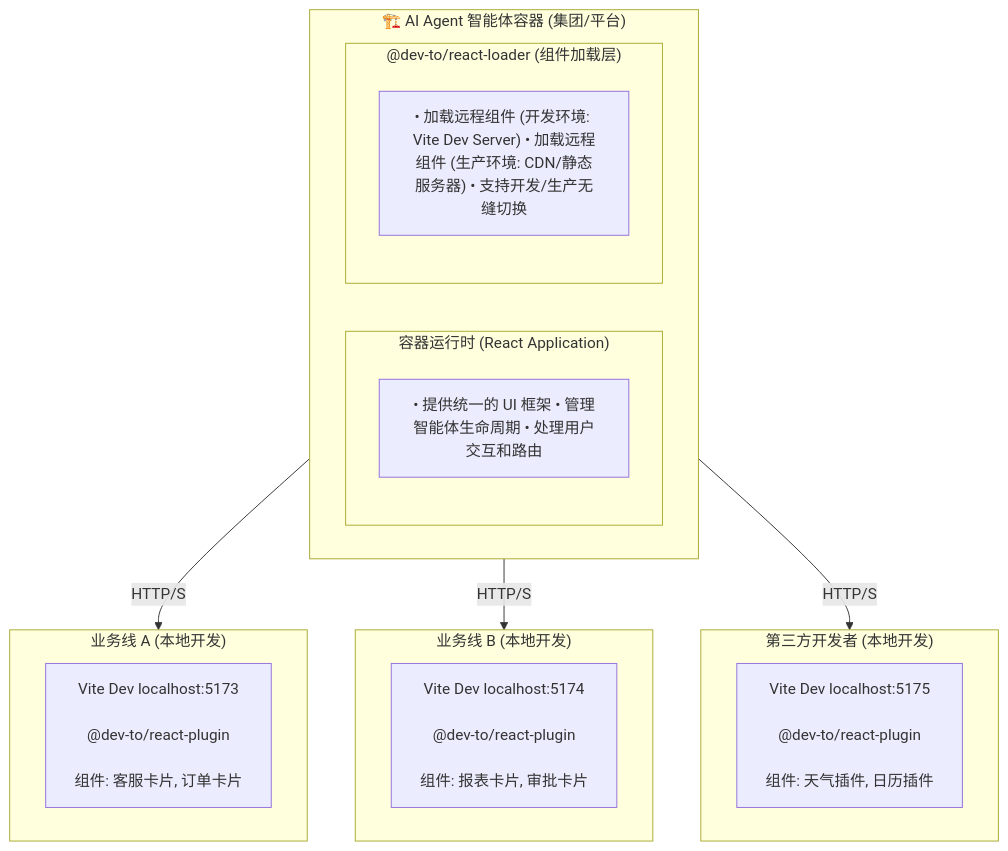
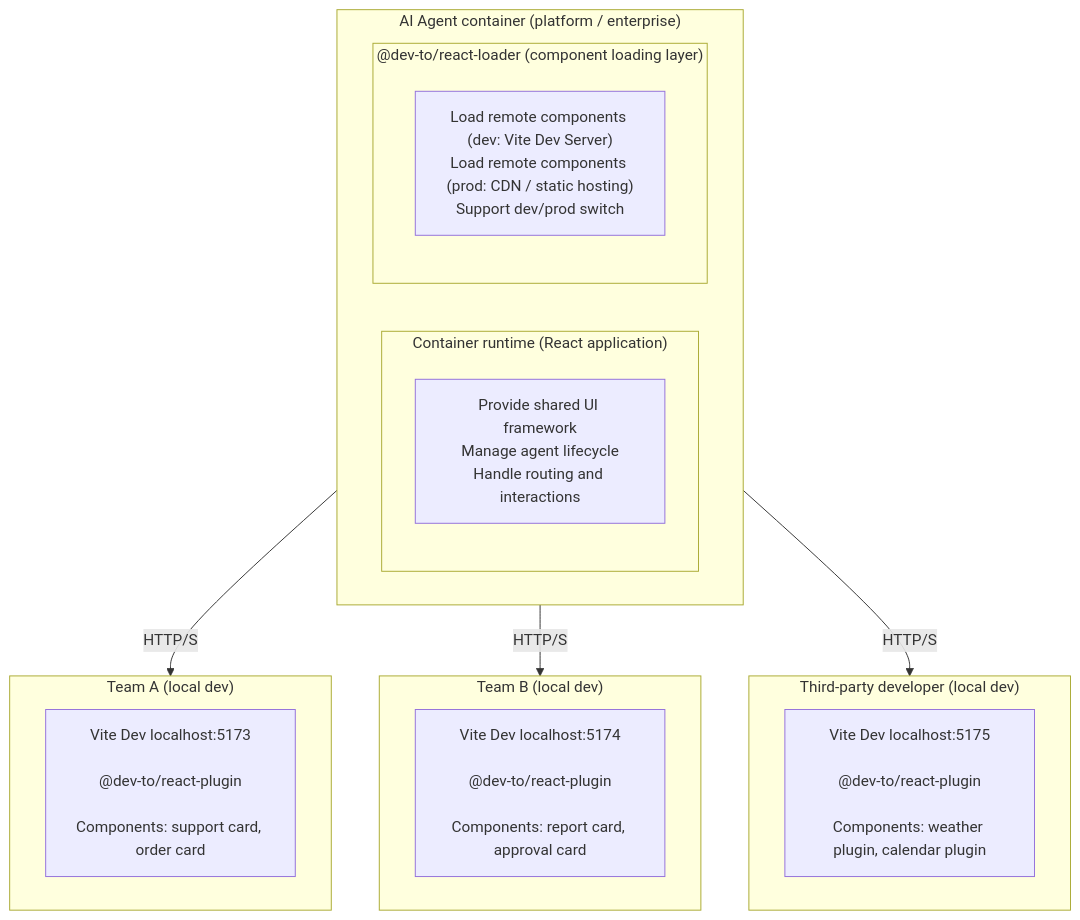
Before and after one commit to YangYongAn/dev-to: the diagram in README.md, drawn with Mermaid. The commit also changed other lines of this file and 1 other file, not shown here.

````diff
--- a/README.md
+++ b/README.md
@@ -79,28 +51,28 @@
 ```mermaid
 graph TB
-    subgraph Container["🏗️ AI Agent 智能体容器 (集团/平台)"]
-        subgraph Runtime["容器运行时 (React Application)"]
-            R["• 提供统一的 UI 框架 • 管理智能体生命周期 • 处理用户交互和路由"]
-        end
-
-        subgraph Loader["@dev-to/react-loader (组件加载层)"]
-            L["• 加载远程组件 (开发环境: Vite Dev Server) • 加载远程组件 (生产环境: CDN/静态服务器) • 支持开发/生产无缝切换"]
-        end
+  subgraph Container["AI Agent container (platform / enterprise)"]
+    subgraph Runtime["Container runtime (React application)"]
+      R["Provide shared UI framework<br/>Manage agent lifecycle<br/>Handle routing and interactions"]
     end
 
-    Container -->|HTTP/S| DevA
-    Container -->|HTTP/S| DevB
-    Container -->|HTTP/S| DevC
+    subgraph Loader["@dev-to/react-loader (component loading layer)"]
+      L["Load remote components (dev: Vite Dev Server)<br/>Load remote components (prod: CDN / static hosting)<br/>Support dev/prod switch"]
+    end
+  end
 
-    subgraph DevA["业务线 A (本地开发)"]
-        A["Vite Dev localhost:5173<br/><br/>@dev-to/react-plugin<br/><br/>组件: 客服卡片, 订单卡片"]
-    end
+  Container -->|HTTP/S| DevA
+  Container -->|HTTP/S| DevB
+  Container -->|HTTP/S| DevC
 
-    subgraph DevB["业务线 B (本地开发)"]
-        B["Vite Dev localhost:5174<br/><br/>@dev-to/react-plugin<br/><br/>组件: 报表卡片, 审批卡片"]
-    end
+  subgraph DevA["Team A (local dev)"]
+    A["Vite Dev localhost:5173<br/><br/>@dev-to/react-plugin<br/><br/>Components: support card, order card"]
+  end
 
-    subgraph DevC["第三方开发者 (本地开发)"]
-        C["Vite Dev localhost:5175<br/><br/>@dev-to/react-plugin<br/><br/>组件: 天气插件, 日历插件"]
-    end
+  subgraph DevB["Team B (local dev)"]
+    B["Vite Dev localhost:5174<br/><br/>@dev-to/react-plugin<br/><br/>Components: report card, approval card"]
+  end
+
+  subgraph DevC["Third-party developer (local dev)"]
+    C["Vite Dev localhost:5175<br/><br/>@dev-to/react-plugin<br/><br/>Components: weather plugin, calendar plugin"]
+  end
 ```
````
